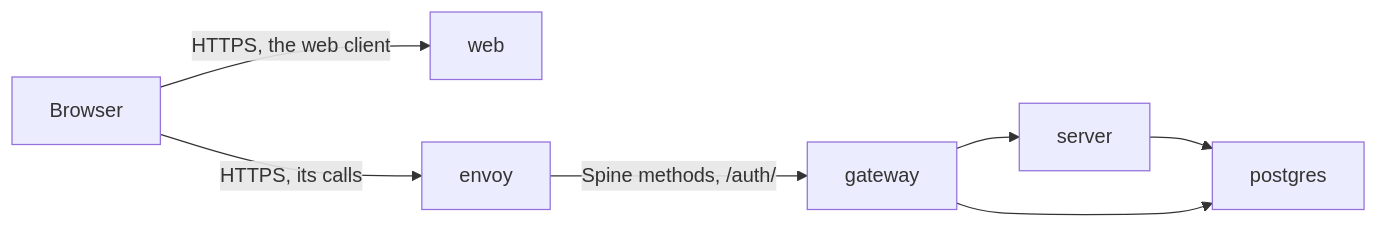
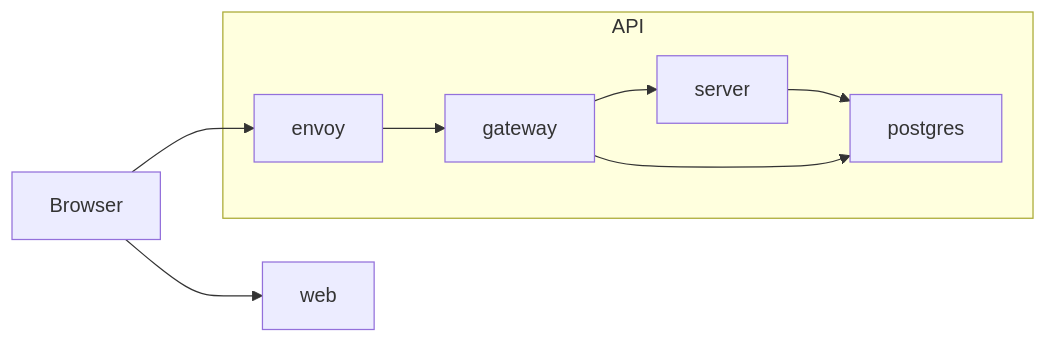
The diagram in deploy/README.md (spine-examples/access-desk-ts), drawn with Mermaid before and after one commit. The commit also changed other lines of this file and 3 other files, not shown here.

````diff
--- a/deploy/README.md
+++ b/deploy/README.md
@@ -23,9 +19,11 @@
 ```mermaid
 flowchart LR
-  Browser -->|HTTPS, the web client| Web[web]
-  Browser -->|HTTPS, its calls| Envoy[envoy]
-  Envoy -->|Spine methods, /auth/| Gateway[gateway]
-  Gateway --> Server[server]
-  Server --> Postgres[postgres]
-  Gateway --> Postgres
+  Browser --> Web[web]
+  Browser --> Envoy
+  subgraph API
+    Envoy[envoy] --> Gateway[gateway]
+    Gateway --> Server[server]
+    Server --> Postgres[postgres]
+    Gateway --> Postgres
+  end
 ```
````
